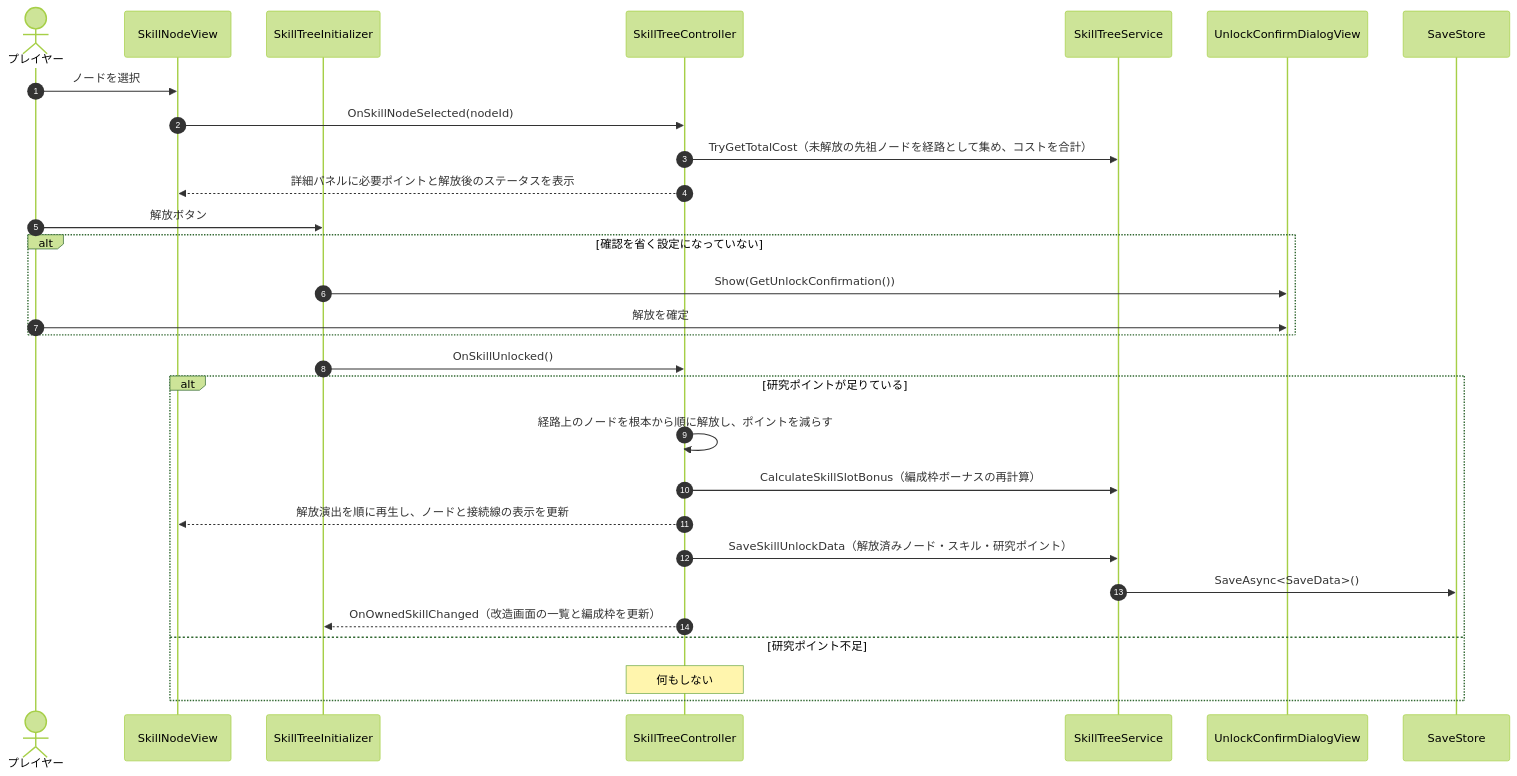
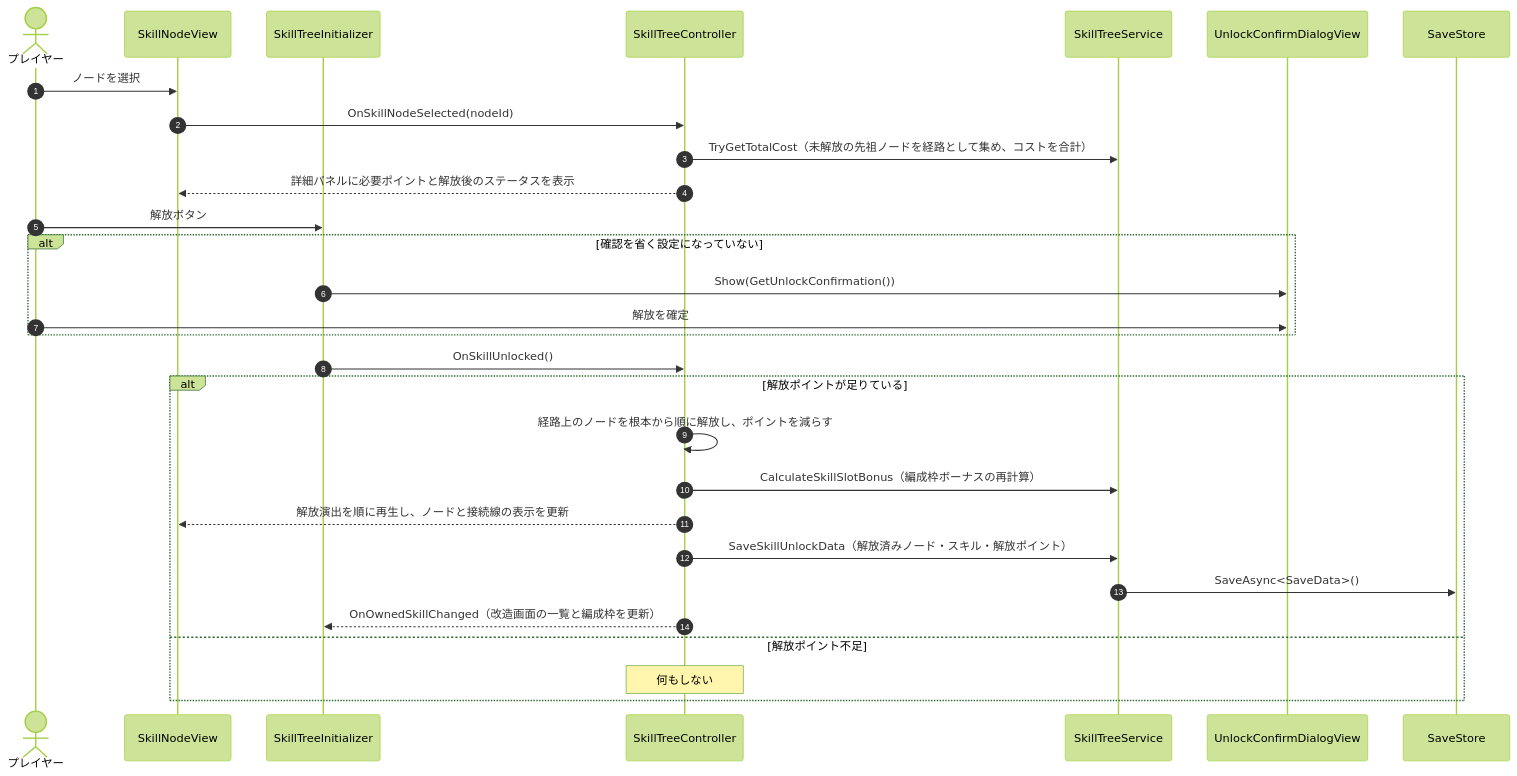
Before and after one commit to HIBIKI5201/SymphonyKillChord: the diagram in Docs/NotionMigration/pages/A3a/3bf7c2c6-cc02-8184-9057-c6b6561c7ea1.md, drawn with Mermaid (forest theme). The commit also changed other lines of this file and 175 other files, not shown here.

````diff
--- a/Docs/NotionMigration/pages/A3a/3bf7c2c6-cc02-8184-9057-c6b6561c7ea1.md
+++ b/Docs/NotionMigration/pages/A3a/3bf7c2c6-cc02-8184-9057-c6b6561c7ea1.md
@@ -31,32 +34,32 @@
 ```Mermaid
 sequenceDiagram
     autonumber
     actor Player as プレイヤー
     participant View as SkillNodeView
     participant Init as SkillTreeInitializer
     participant Ctrl as SkillTreeController
     participant Service as SkillTreeService
     participant Dialog as UnlockConfirmDialogView
     participant Store as SaveStore
 
     Player ->> View: ノードを選択
     View ->> Ctrl: OnSkillNodeSelected(nodeId)
     Ctrl ->> Service: TryGetTotalCost（未解放の先祖ノードを経路として集め、コストを合計）
     Ctrl -->> View: 詳細パネルに必要ポイントと解放後のステータスを表示
     Player ->> Init: 解放ボタン
     alt 確認を省く設定になっていない
         Init ->> Dialog: Show(GetUnlockConfirmation())
         Player ->> Dialog: 解放を確定
     end
     Init ->> Ctrl: OnSkillUnlocked()
-    alt 研究ポイントが足りている
+    alt 解放ポイントが足りている
         Ctrl ->> Ctrl: 経路上のノードを根本から順に解放し、ポイントを減らす
         Ctrl ->> Service: CalculateSkillSlotBonus（編成枠ボーナスの再計算）
         Ctrl -->> View: 解放演出を順に再生し、ノードと接続線の表示を更新
-        Ctrl ->> Service: SaveSkillUnlockData（解放済みノード・スキル・研究ポイント）
+        Ctrl ->> Service: SaveSkillUnlockData（解放済みノード・スキル・解放ポイント）
         Service ->> Store: SaveAsync<SaveData>()
         Ctrl -->> Init: OnOwnedSkillChanged（改造画面の一覧と編成枠を更新）
-    else 研究ポイント不足
+    else 解放ポイント不足
         Note over Ctrl: 何もしない
     end
 ```
````
